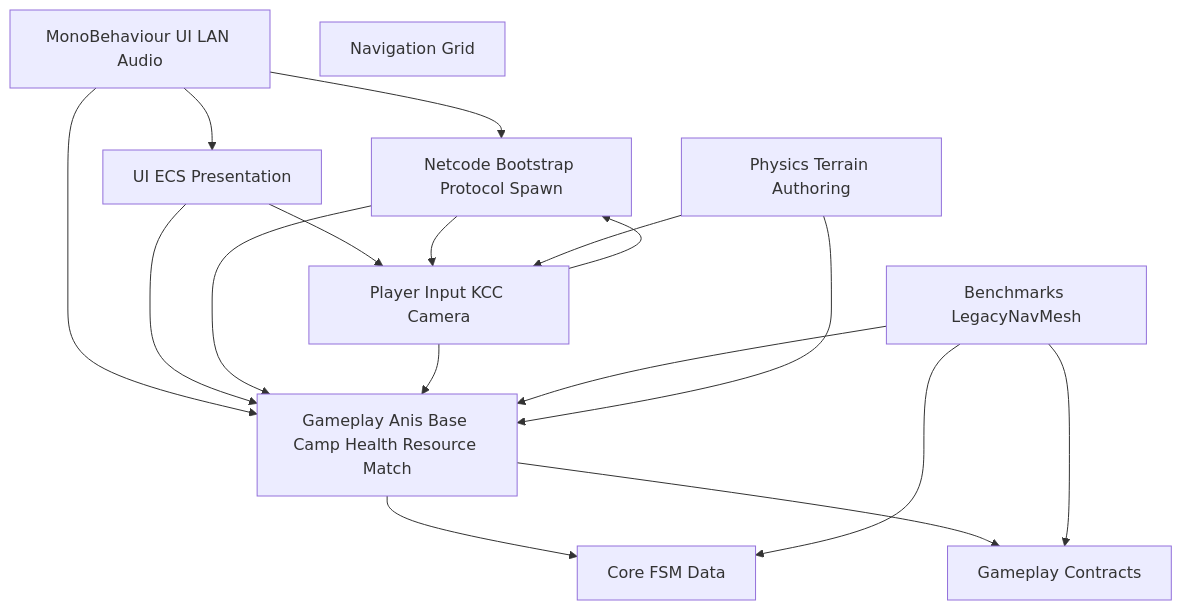
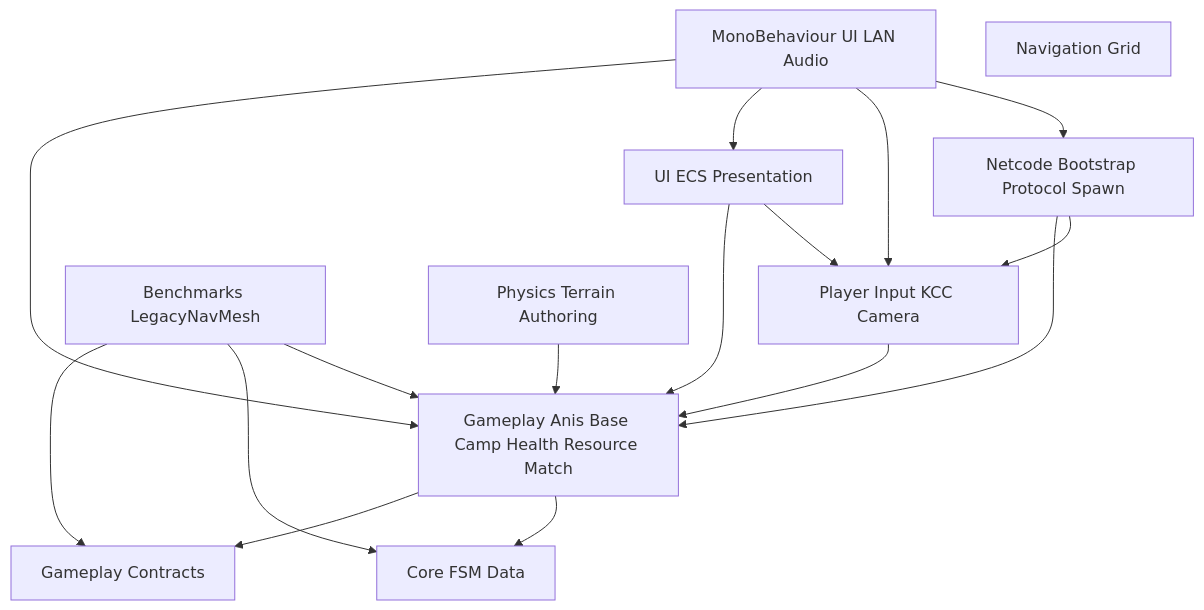
Before and after one commit to mcaswen/AnimarsCatcher: the diagram in docs/Architecture/01_ModuleMap.md, drawn with Mermaid. The commit also changed other lines of this file and 119 other files, not shown here.

````diff
--- a/docs/Architecture/01_ModuleMap.md
+++ b/docs/Architecture/01_ModuleMap.md
@@ -62,30 +64,29 @@
 ```mermaid
 flowchart TD
     Mono[MonoBehaviour UI LAN Audio]
     UI[UI ECS Presentation]
     Net[Netcode Bootstrap Protocol Spawn]
     Player[Player Input KCC Camera]
     Gameplay[Gameplay Anis Base Camp Health Resource Match]
     Navigation[Navigation Grid]
     Legacy[Benchmarks LegacyNavMesh]
     Physics[Physics Terrain Authoring]
     Core[Core FSM Data]
     Contracts[Gameplay Contracts]
 
     Mono --> Net
+    Mono --> Player
     Mono --> UI
     Mono --> Gameplay
     UI --> Player
     UI --> Gameplay
     Net --> Player
     Net --> Gameplay
-    Player --> Net
     Player --> Gameplay
     Gameplay --> Core
     Gameplay --> Contracts
     Legacy --> Gameplay
     Legacy --> Core
     Legacy --> Contracts
     Physics --> Gameplay
-    Physics --> Player
 ```
````
